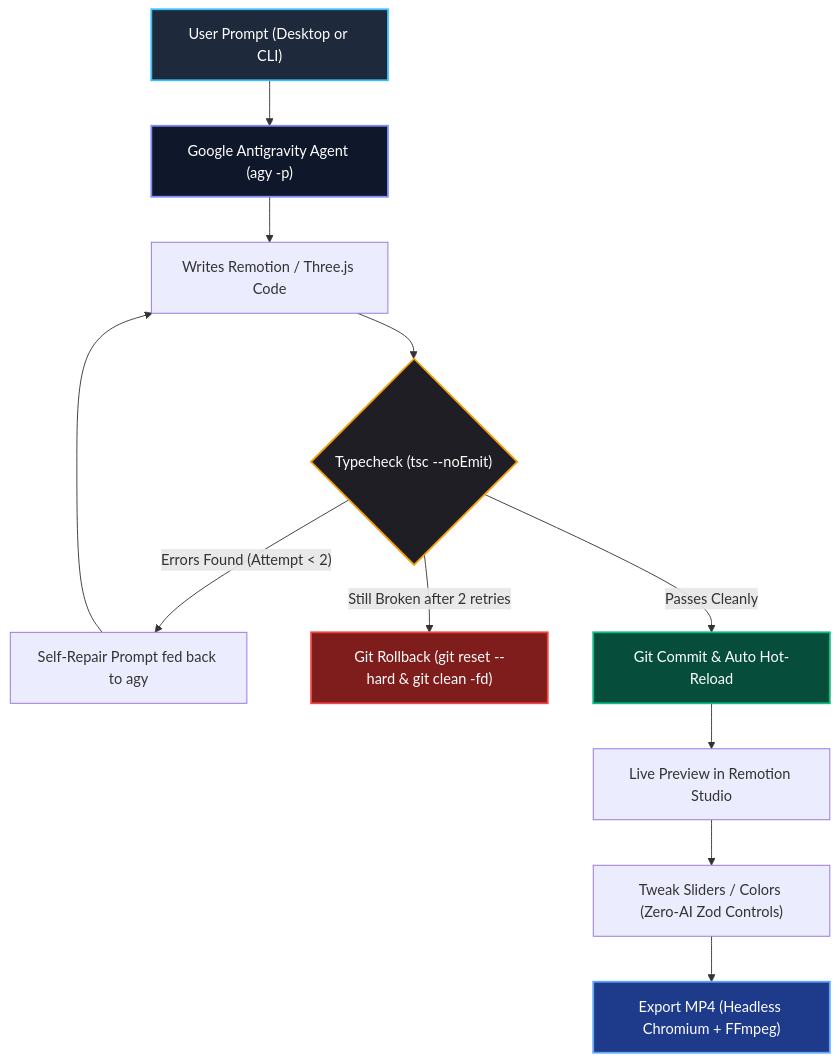
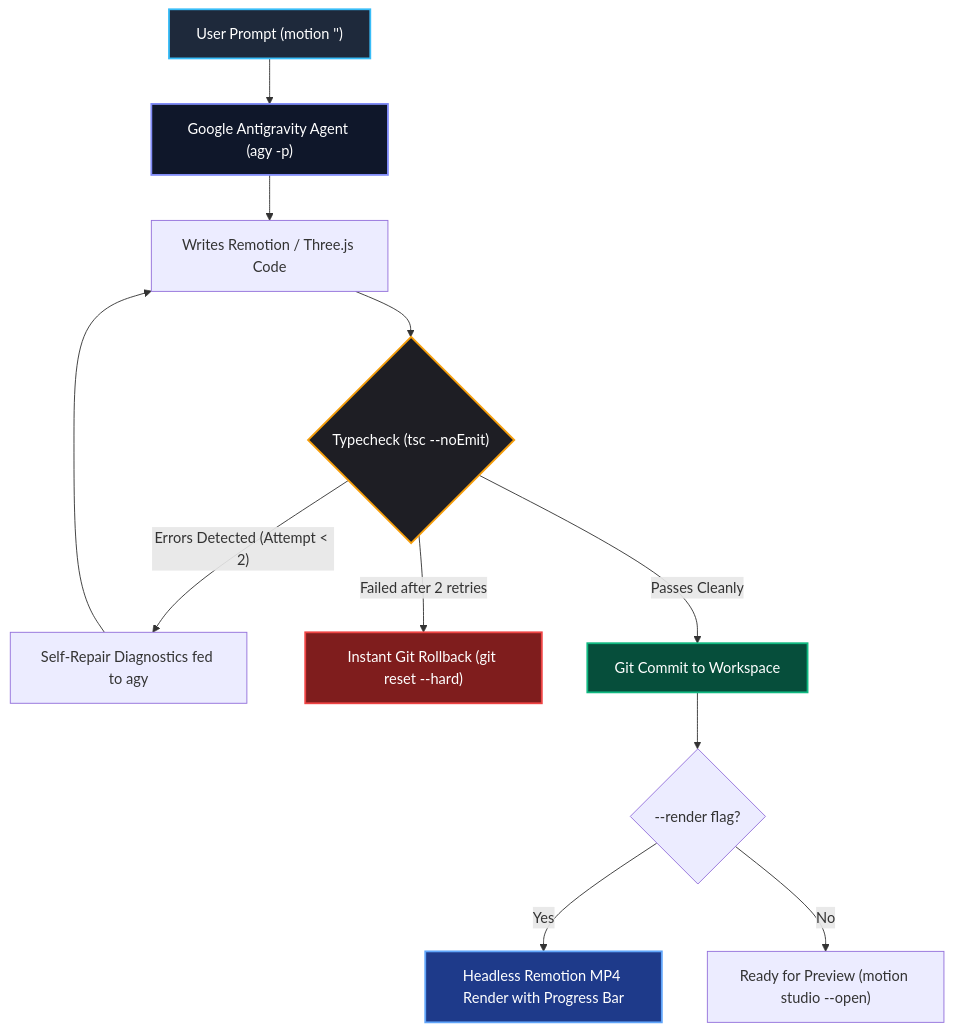
The diagram in README.md (aaRon1105-11/motion-), drawn with Mermaid before and after one commit. The commit also changed other lines of this file and 29 other files, not shown here.

Commit message:
refactor: remove Electron & desktop UI for ultra-lightweight CLI engine

````diff
--- a/README.md
+++ b/README.md
@@ -44,20 +44,20 @@
 ```mermaid
 flowchart TD
-    A["User Prompt (Desktop or CLI)"] --> B["Google Antigravity Agent (agy -p)"]
+    A["User Prompt (motion '<prompt>')"] --> B["Google Antigravity Agent (agy -p)"]
     B --> C["Writes Remotion / Three.js Code"]
     C --> D{"Typecheck (tsc --noEmit)"}
-    D -- "Errors Found (Attempt < 2)" --> E["Self-Repair Prompt fed back to agy"]
+    D -- "Errors Detected (Attempt < 2)" --> E["Self-Repair Diagnostics fed to agy"]
     E --> C
-    D -- "Still Broken after 2 retries" --> F["Git Rollback (git reset --hard & git clean -fd)"]
-    D -- "Passes Cleanly" --> G["Git Commit & Auto Hot-Reload"]
-    G --> H["Live Preview in Remotion Studio"]
-    H --> I["Tweak Sliders / Colors (Zero-AI Zod Controls)"]
-    I --> J["Export MP4 (Headless Chromium + FFmpeg)"]
+    D -- "Failed after 2 retries" --> F["Instant Git Rollback (git reset --hard)"]
+    D -- "Passes Cleanly" --> G["Git Commit to Workspace"]
+    G --> H{"--render flag?"}
+    H -- "Yes" --> I["Headless Remotion MP4 Render with Progress Bar"]
+    H -- "No" --> J["Ready for Preview (motion studio --open)"]
 
     style A fill:#1e293b,stroke:#38bdf8,stroke-width:2px,color:#fff
     style B fill:#0f172a,stroke:#818cf8,stroke-width:2px,color:#fff
     style D fill:#1e1e24,stroke:#f59e0b,stroke-width:2px,color:#fff
     style G fill:#064e3b,stroke:#10b981,stroke-width:2px,color:#fff
     style F fill:#7f1d1d,stroke:#ef4444,stroke-width:2px,color:#fff
-    style J fill:#1e3a8a,stroke:#60a5fa,stroke-width:2px,color:#fff
+    style I fill:#1e3a8a,stroke:#60a5fa,stroke-width:2px,color:#fff
 ```
````
